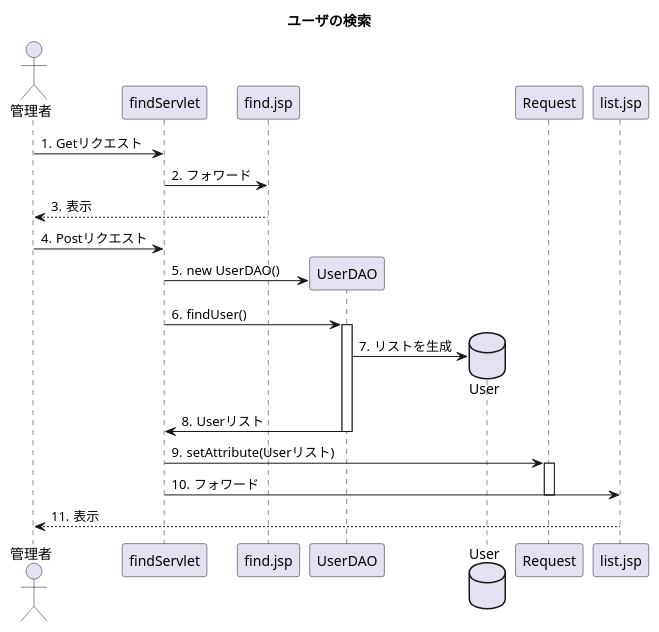
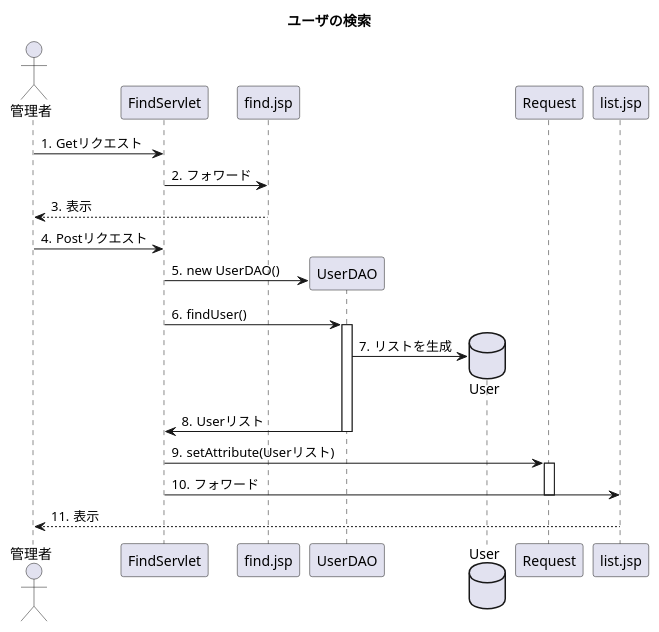
Before and after one commit to toufu66/ProjectC: the diagram in uml_detail/seq_find.pu, drawn with PlantUML.

Commit message:
詳細シーケンス ユーザ検索

```diff
--- a/uml_detail/seq_find.pu
+++ b/uml_detail/seq_find.pu
@@ -1,28 +1,28 @@
 @startuml
 title ユーザの検索
 
 autonumber "#."
 
 actor 管理者
-participant findServlet
+participant FindServlet
 participant find.jsp
 
 participant UserDAO
 database User
 
 
-管理者 -> findServlet:Getリクエスト
-findServlet -> find.jsp:フォワード
+管理者 -> FindServlet:Getリクエスト
+FindServlet -> find.jsp:フォワード
 find.jsp --> 管理者:表示
-管理者 -> findServlet:Postリクエスト
-findServlet -> UserDAO**:new UserDAO()
-findServlet -> UserDAO++:findUser()
+管理者 -> FindServlet:Postリクエスト
+FindServlet -> UserDAO**:new UserDAO()
+FindServlet -> UserDAO++:findUser()
 UserDAO -> User**:リストを生成
-UserDAO -> findServlet--:Userリスト
-findServlet -> Request++:setAttribute(Userリスト)
-findServlet -> list.jsp:フォワード
+UserDAO -> FindServlet--:Userリスト
+FindServlet -> Request++:setAttribute(Userリスト)
+FindServlet -> list.jsp:フォワード
 Request--
 list.jsp --> 管理者:表示
 
 
 @enduml
```
